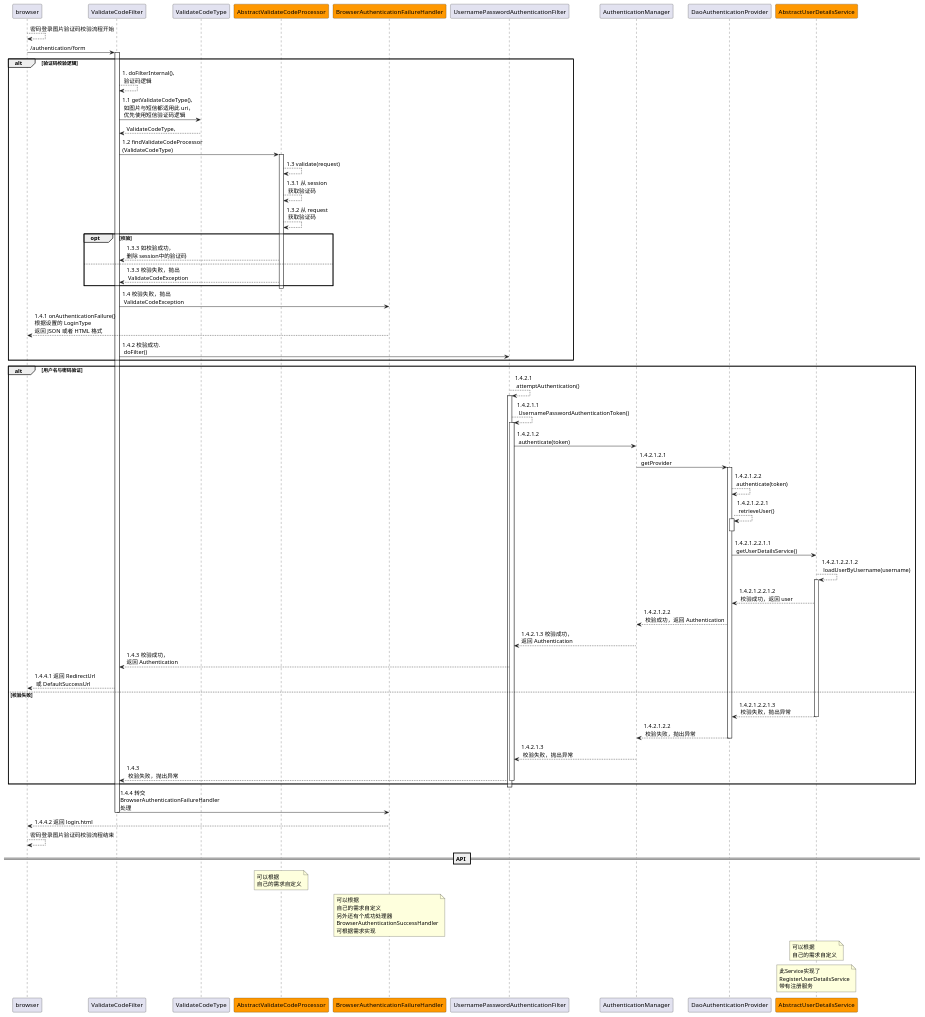
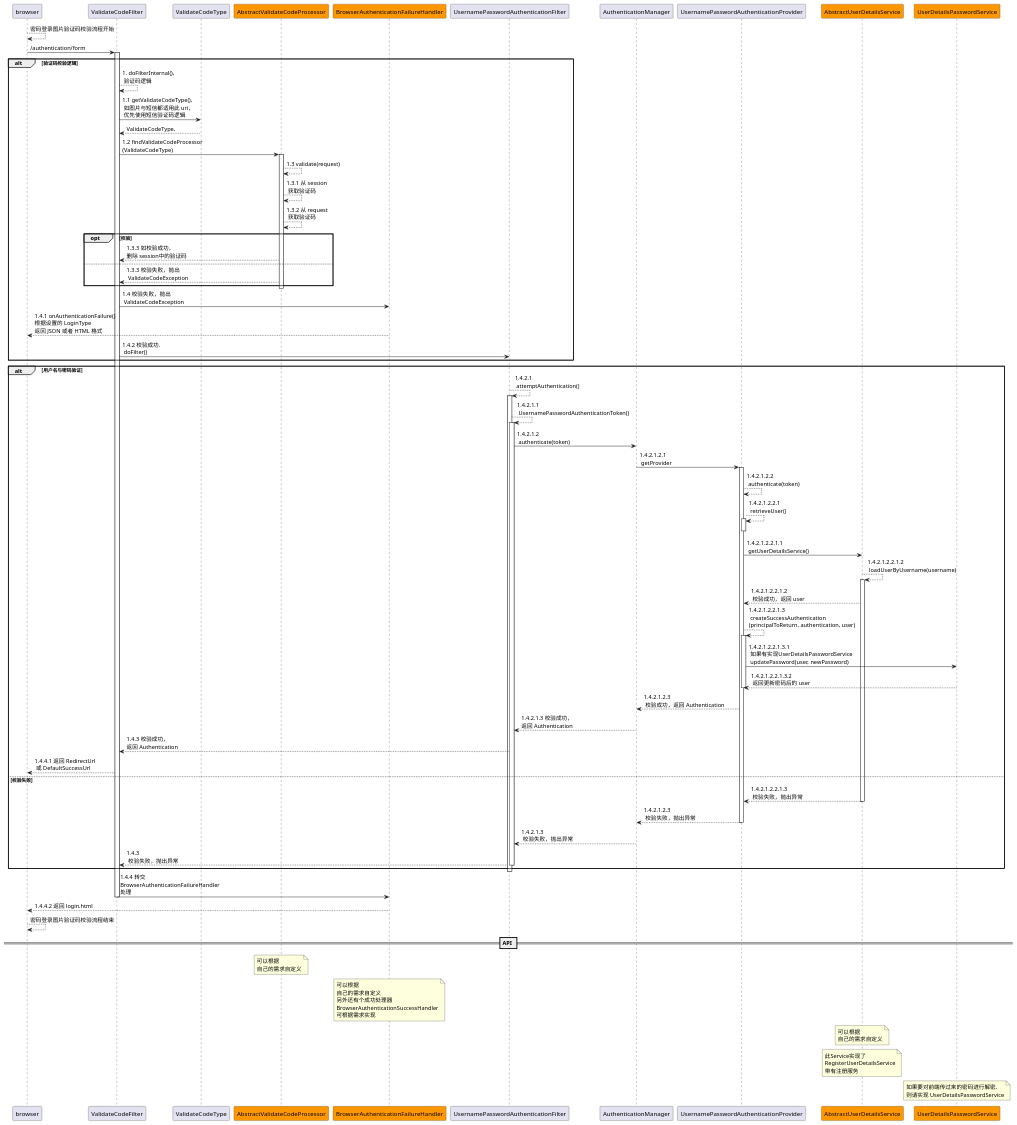
The diagram in doc/ImageValidateCodeLogin.puml (ZeroOrInfinity/UMS), drawn with PlantUML before and after one commit. The commit also changed 49 other files, not shown here.

```diff
--- a/doc/ImageValidateCodeLogin.puml
+++ b/doc/ImageValidateCodeLogin.puml
@@ -1,75 +1,84 @@
 @startuml
 
 browser --> browser: 密码登录图片验证码校验流程开始
 
 browser -> ValidateCodeFilter: /authentication/form
 alt 验证码校验逻辑
 activate ValidateCodeFilter
 ValidateCodeFilter --> ValidateCodeFilter: 1. doFilterInternal(),\n 验证码逻辑
 ValidateCodeFilter -> ValidateCodeType: 1.1 getValidateCodeType(),\n 如图片与短信都适用此 uri，\n 优先使用短信验证码逻辑
 ValidateCodeType --> ValidateCodeFilter: ValidateCodeType,
 participant AbstractValidateCodeProcessor #ff9800
 ValidateCodeFilter -> AbstractValidateCodeProcessor: 1.2 findValidateCodeProcessor\n(ValidateCodeType)
 activate AbstractValidateCodeProcessor
 AbstractValidateCodeProcessor --> AbstractValidateCodeProcessor: 1.3 validate(request)
 AbstractValidateCodeProcessor --> AbstractValidateCodeProcessor: 1.3.1 从 session\n 获取验证码
 AbstractValidateCodeProcessor --> AbstractValidateCodeProcessor: 1.3.2 从 request\n 获取验证码
 opt 校验
 AbstractValidateCodeProcessor --> ValidateCodeFilter: 1.3.3 如校验成功，\n删除 session中的验证码
 else
 AbstractValidateCodeProcessor --> ValidateCodeFilter: 1.3.3 校验失败，抛出\n ValidateCodeException
 end
 deactivate AbstractValidateCodeProcessor
 participant BrowserAuthenticationFailureHandler #ff9800
 ValidateCodeFilter -> BrowserAuthenticationFailureHandler: 1.4 校验失败，抛出\n ValidateCodeException
 BrowserAuthenticationFailureHandler --> browser: 1.4.1 onAuthenticationFailure()\n根据设置的 LoginType \n返回 JSON 或者 HTML 格式
 
 ValidateCodeFilter -> UsernamePasswordAuthenticationFilter: 1.4.2 校验成功.\n doFilter()
 end
 alt 用户名与密码验证
 UsernamePasswordAuthenticationFilter --> UsernamePasswordAuthenticationFilter: 1.4.2.1\n attemptAuthentication()
 activate UsernamePasswordAuthenticationFilter
 UsernamePasswordAuthenticationFilter --> UsernamePasswordAuthenticationFilter: 1.4.2.1.1 \n UsernamePasswordAuthenticationToken()
 activate UsernamePasswordAuthenticationFilter
 UsernamePasswordAuthenticationFilter -> AuthenticationManager: 1.4.2.1.2\n authenticate(token)
 
-AuthenticationManager -> DaoAuthenticationProvider: 1.4.2.1.2.1\n getProvider
-activate DaoAuthenticationProvider
-DaoAuthenticationProvider --> DaoAuthenticationProvider: 1.4.2.1.2.2\n authenticate(token)
-DaoAuthenticationProvider --> DaoAuthenticationProvider: 1.4.2.1.2.2.1\n retrieveUser()
-activate DaoAuthenticationProvider
-deactivate DaoAuthenticationProvider
+AuthenticationManager -> UsernamePasswordAuthenticationProvider: 1.4.2.1.2.1\n getProvider
+activate UsernamePasswordAuthenticationProvider
+UsernamePasswordAuthenticationProvider --> UsernamePasswordAuthenticationProvider: 1.4.2.1.2.2\n authenticate(token)
+UsernamePasswordAuthenticationProvider --> UsernamePasswordAuthenticationProvider: 1.4.2.1.2.2.1\n retrieveUser()
+activate UsernamePasswordAuthenticationProvider
+deactivate UsernamePasswordAuthenticationProvider
 participant AbstractUserDetailsService #ff9800
-DaoAuthenticationProvider -> AbstractUserDetailsService: 1.4.2.1.2.2.1.1\n getUserDetailsService()
+UsernamePasswordAuthenticationProvider -> AbstractUserDetailsService: 1.4.2.1.2.2.1.1\n getUserDetailsService()
 AbstractUserDetailsService --> AbstractUserDetailsService: 1.4.2.1.2.2.1.2\n loadUserByUsername(username)
 activate AbstractUserDetailsService
-AbstractUserDetailsService --> DaoAuthenticationProvider: 1.4.2.1.2.2.1.2\n 校验成功，返回 user
-DaoAuthenticationProvider --> AuthenticationManager: 1.4.2.1.2.2\n 校验成功，返回 Authentication
+AbstractUserDetailsService --> UsernamePasswordAuthenticationProvider: 1.4.2.1.2.2.1.2\n 校验成功，返回 user
+UsernamePasswordAuthenticationProvider --> UsernamePasswordAuthenticationProvider: 1.4.2.1.2.2.1.3\n createSuccessAuthentication\n\
+(principalToReturn, authentication, user)
+activate UsernamePasswordAuthenticationProvider
+participant UserDetailsPasswordService #ff9800
+UsernamePasswordAuthenticationProvider -> UserDetailsPasswordService: 1.4.2.1.2.2.1.3.1\n 如果有实现UserDetailsPasswordService\n updatePassword(user, newPassword)
+UserDetailsPasswordService --> UsernamePasswordAuthenticationProvider: 1.4.2.1.2.2.1.3.2\n 返回更新密码后的 user
+deactivate UsernamePasswordAuthenticationProvider
+
+UsernamePasswordAuthenticationProvider --> AuthenticationManager: 1.4.2.1.2.3\n 校验成功，返回 Authentication
 
 AuthenticationManager --> UsernamePasswordAuthenticationFilter: 1.4.2.1.3 校验成功，\n返回 Authentication
 UsernamePasswordAuthenticationFilter --> ValidateCodeFilter: 1.4.3 校验成功，\n返回 Authentication
 
 ValidateCodeFilter --> browser: 1.4.4.1 返回 RedirectUrl\n 或 DefaultSuccessUrl
 else 校验失败
-AbstractUserDetailsService --> DaoAuthenticationProvider: 1.4.2.1.2.2.1.3\n 校验失败，抛出异常
+AbstractUserDetailsService --> UsernamePasswordAuthenticationProvider: 1.4.2.1.2.2.1.3\n 校验失败，抛出异常
 deactivate AbstractUserDetailsService
-DaoAuthenticationProvider --> AuthenticationManager: 1.4.2.1.2.2\n 校验失败，抛出异常
-deactivate DaoAuthenticationProvider
+UsernamePasswordAuthenticationProvider --> AuthenticationManager: 1.4.2.1.2.3\n 校验失败，抛出异常
+deactivate UsernamePasswordAuthenticationProvider
 AuthenticationManager --> UsernamePasswordAuthenticationFilter: 1.4.2.1.3\n 校验失败，抛出异常
 UsernamePasswordAuthenticationFilter --> ValidateCodeFilter: 1.4.3\n 校验失败，抛出异常
 deactivate UsernamePasswordAuthenticationFilter
 end
 deactivate UsernamePasswordAuthenticationFilter
 ValidateCodeFilter -> BrowserAuthenticationFailureHandler: 1.4.4 转交\nBrowserAuthenticationFailureHandler\n处理
 deactivate ValidateCodeFilter
 BrowserAuthenticationFailureHandler --> browser: 1.4.4.2 返回 login.html
 
 browser --> browser: 密码登录图片验证码校验流程结束
 
 == API ==
 note over AbstractValidateCodeProcessor: 可以根据\n自己的需求自定义
 note over BrowserAuthenticationFailureHandler: 可以根据\n自己的需求自定义\n另外还有个成功处理器\nBrowserAuthenticationSuccessHandler\n可根据需求实现
 note over AbstractUserDetailsService: 可以根据\n自己的需求自定义
 note over AbstractUserDetailsService: 此Service实现了\nRegisterUserDetailsService\n带有注册服务
+note over UserDetailsPasswordService: 如果要对前端传过来的密码进行解密,\n则请实现 UserDetailsPasswordService
 
 @enduml
```
